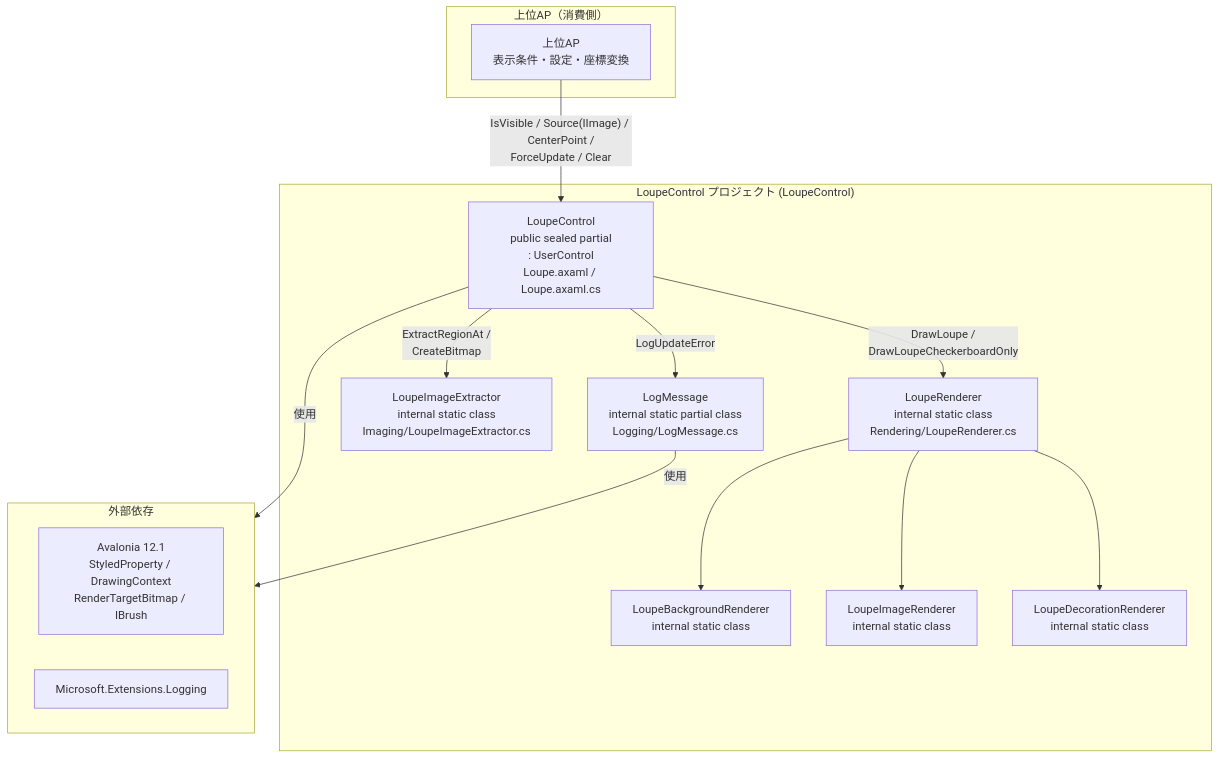
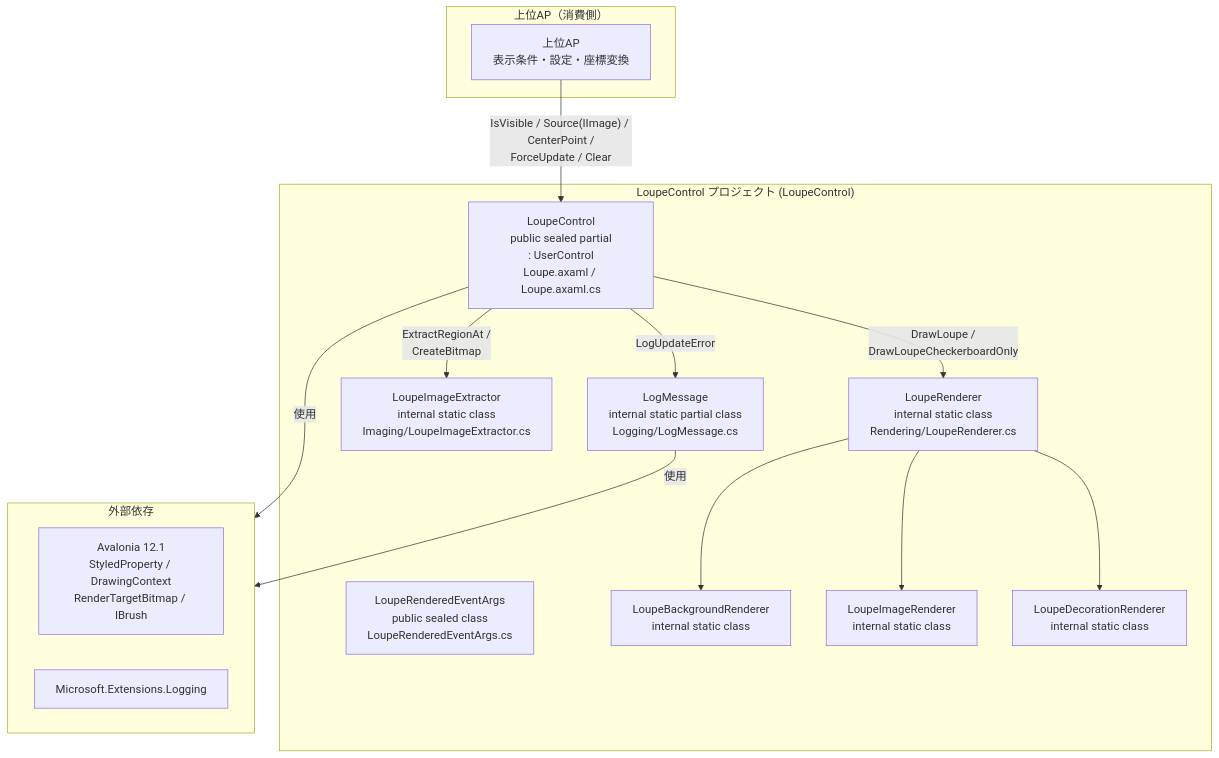
Before and after one commit to tomokuni/SaveEvidence: the first of 2 diagrams in src/LoupeControl/SPEC_System.md, drawn with Mermaid. The commit also changed other lines of this file and 6 other files, not shown here.

````diff
--- a/src/LoupeControl/SPEC_System.md
+++ b/src/LoupeControl/SPEC_System.md
@@ -81,29 +81,30 @@
 ```mermaid
 flowchart TB
     subgraph LC["LoupeControl プロジェクト (LoupeControl)"]
         Ctl["LoupeControl<br/>public sealed partial<br/>: UserControl<br/>Loupe.axaml / Loupe.axaml.cs"]
+        Evt["LoupeRenderedEventArgs<br/>public sealed class<br/>LoupeRenderedEventArgs.cs"]
         Rdr["LoupeRenderer<br/>internal static class<br/>Rendering/LoupeRenderer.cs"]
         Bg["LoupeBackgroundRenderer<br/>internal static class"]
         Img["LoupeImageRenderer<br/>internal static class"]
         Dec["LoupeDecorationRenderer<br/>internal static class"]
         Ext["LoupeImageExtractor<br/>internal static class<br/>Imaging/LoupeImageExtractor.cs"]
         Log["LogMessage<br/>internal static partial class<br/>Logging/LogMessage.cs"]
     end
     subgraph Dep["外部依存"]
         Av["Avalonia 12.1<br/>StyledProperty / DrawingContext<br/>RenderTargetBitmap / IBrush"]
         Lg["Microsoft.Extensions.Logging"]
     end
     subgraph Host["上位AP（消費側）"]
         AP["上位AP<br/>表示条件・設定・座標変換"]
     end
 
     Ctl -->|"DrawLoupe /<br/>DrawLoupeCheckerboardOnly"| Rdr
     Ctl -->|"ExtractRegionAt /<br/>CreateBitmap"| Ext
     Ctl -->|"LogUpdateError"| Log
     AP -->|"IsVisible / Source(IImage) / CenterPoint /<br/>ForceUpdate / Clear"| Ctl
     Ctl -->|"使用"| Dep
     Log -->|"使用"| Dep
     Rdr --> Bg
     Rdr --> Img
     Rdr --> Dec
 ```
````
